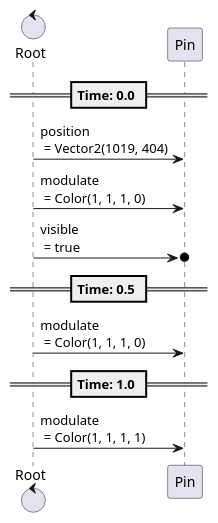
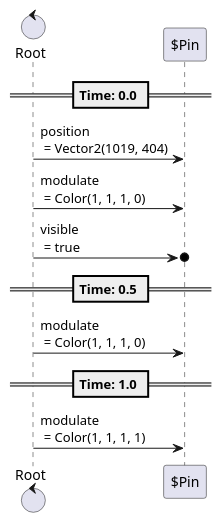
One commit to tkmfujise/Platformer-Game-Learning changed diagram 13 of 24 in content/scenes/src/beginning/chapters/chapters.tscn.adoc. Above: the diagram before and after it, drawn with PlantUML. The commit also changed other lines of this file and 31 other files, not shown here.

Commit message:
Add prefix $ to node name in animation sequences

```diff
--- a/content/scenes/src/beginning/chapters/chapters.tscn.adoc
+++ b/content/scenes/src/beginning/chapters/chapters.tscn.adoc
@@ -565,18 +565,18 @@
 [plantuml]
 ....
-control "Root" as Root
-participant "Pin" as T0
+control "Root" as R
+participant "$Pin" as T0
 
 
 
 == Time: 0.0 ==
-Root  ->  T0 : position\n = Vector2(1019, 404)
-Root  ->  T0 : modulate\n = Color(1, 1, 1, 0)
-Root  ->o  T0 : visible\n = true
+R  ->  T0 : position\n = Vector2(1019, 404)
+R  ->  T0 : modulate\n = Color(1, 1, 1, 0)
+R  ->o  T0 : visible\n = true
 == Time: 0.5 ==
-Root  ->  T0 : modulate\n = Color(1, 1, 1, 0)
+R  ->  T0 : modulate\n = Color(1, 1, 1, 0)
 == Time: 1.0 ==
-Root  ->  T0 : modulate\n = Color(1, 1, 1, 1)
+R  ->  T0 : modulate\n = Color(1, 1, 1, 1)
 
 
 ....
```
